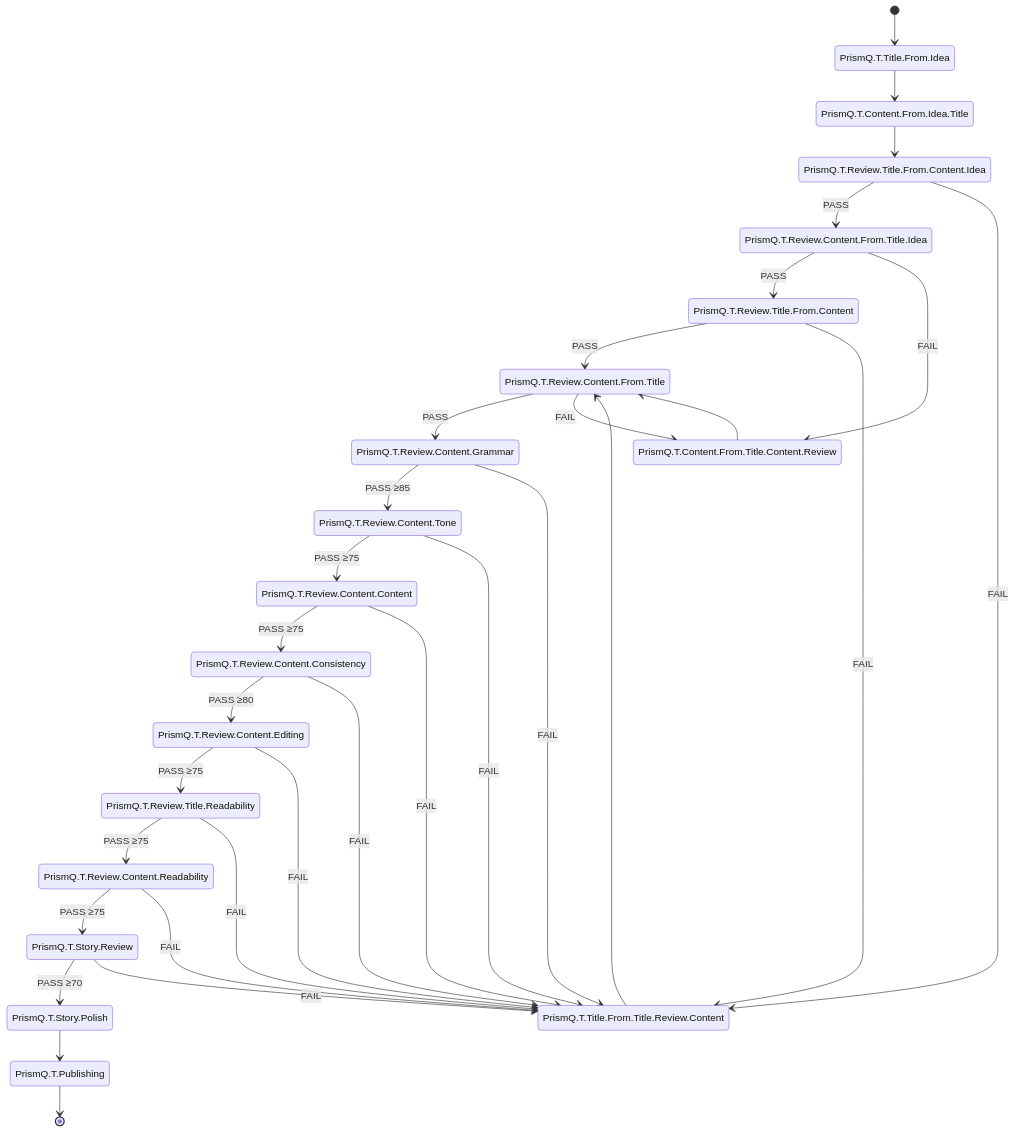
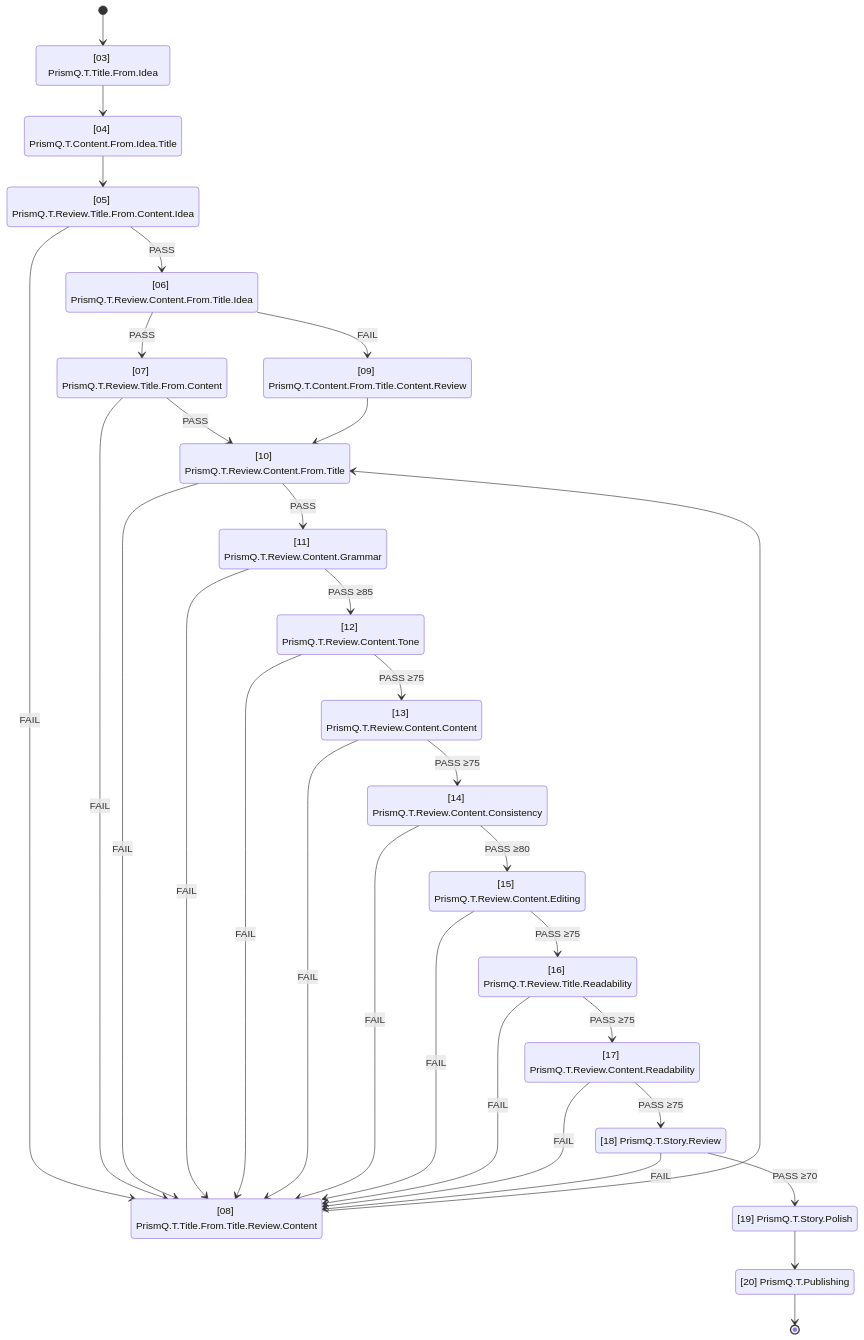
Before and after one commit to Nomoos/PrismQ: the diagram in _meta/docs/workflow/state-machine.md, drawn with Mermaid. The commit also changed other lines of this file and 7 other files, not shown here.

````diff
--- a/_meta/docs/workflow/state-machine.md
+++ b/_meta/docs/workflow/state-machine.md
@@ -13,81 +13,81 @@
 ```mermaid
 stateDiagram-v2
     direction TB
 
     %% ── State aliases (short ID → actual PrismQ.T state string) ──────────
-    TitleFromIdea          : PrismQ.T.Title.From.Idea
-    ContentFromIdeaTitle   : PrismQ.T.Content.From.Idea.Title
-    RevTitleFromContentIdea: PrismQ.T.Review.Title.From.Content.Idea
-    RevContentFromTitleIdea: PrismQ.T.Review.Content.From.Title.Idea
-    RevTitleFromContent    : PrismQ.T.Review.Title.From.Content
-    TitleRegen             : PrismQ.T.Title.From.Title.Review.Content
-    ContentRegen09         : PrismQ.T.Content.From.Title.Content.Review
-    RevContentFromTitle    : PrismQ.T.Review.Content.From.Title
-    Grammar                : PrismQ.T.Review.Content.Grammar
-    Tone                   : PrismQ.T.Review.Content.Tone
-    Content                : PrismQ.T.Review.Content.Content
-    Consistency            : PrismQ.T.Review.Content.Consistency
-    Editing                : PrismQ.T.Review.Content.Editing
-    TitleReadability       : PrismQ.T.Review.Title.Readability
-    ContentReadability     : PrismQ.T.Review.Content.Readability
-    StoryReview            : PrismQ.T.Story.Review
-    StoryPolish            : PrismQ.T.Story.Polish
-    Publishing             : PrismQ.T.Publishing
+    TitleFromIdea          : [03] PrismQ.T.Title.From.Idea
+    ContentFromIdeaTitle   : [04] PrismQ.T.Content.From.Idea.Title
+    RevTitleFromContentIdea: [05] PrismQ.T.Review.Title.From.Content.Idea
+    RevContentFromTitleIdea: [06] PrismQ.T.Review.Content.From.Title.Idea
+    RevTitleFromContent    : [07] PrismQ.T.Review.Title.From.Content
+    TitleRegen             : [08] PrismQ.T.Title.From.Title.Review.Content
+    ContentRegen09         : [09] PrismQ.T.Content.From.Title.Content.Review
+    RevContentFromTitle    : [10] PrismQ.T.Review.Content.From.Title
+    Grammar                : [11] PrismQ.T.Review.Content.Grammar
+    Tone                   : [12] PrismQ.T.Review.Content.Tone
+    Content                : [13] PrismQ.T.Review.Content.Content
+    Consistency            : [14] PrismQ.T.Review.Content.Consistency
+    Editing                : [15] PrismQ.T.Review.Content.Editing
+    TitleReadability       : [16] PrismQ.T.Review.Title.Readability
+    ContentReadability     : [17] PrismQ.T.Review.Content.Readability
+    StoryReview            : [18] PrismQ.T.Story.Review
+    StoryPolish            : [19] PrismQ.T.Story.Polish
+    Publishing             : [20] PrismQ.T.Publishing
 
     %% ── Phase 1–2: Generation ────────────────────────────────────────────
     [*]                    --> TitleFromIdea
     TitleFromIdea          --> ContentFromIdeaTitle
 
     %% ── Phase 3: Initial Review Cycle (modules 05–07) ───────────────────
     ContentFromIdeaTitle   --> RevTitleFromContentIdea
 
     RevTitleFromContentIdea --> RevContentFromTitleIdea : PASS
     RevTitleFromContentIdea --> TitleRegen              : FAIL
 
     RevContentFromTitleIdea --> RevTitleFromContent     : PASS
     RevContentFromTitleIdea --> ContentRegen09          : FAIL
 
     RevTitleFromContent     --> RevContentFromTitle     : PASS
     RevTitleFromContent     --> TitleRegen              : FAIL
 
     %% ── Phase 4: Regeneration (modules 08–09) ───────────────────────────
     TitleRegen      --> RevContentFromTitle
     ContentRegen09  --> RevContentFromTitle
 
     %% ── Phase 5: Pre-Quality Gate (module 10) ───────────────────────────
-    RevContentFromTitle --> Grammar        : PASS
-    RevContentFromTitle --> ContentRegen09 : FAIL
+    RevContentFromTitle --> Grammar    : PASS
+    RevContentFromTitle --> TitleRegen : FAIL
 
     %% ── Phase 6: Quality Review Chain (modules 11–17) ───────────────────
     Grammar     --> Tone        : PASS ≥85
     Grammar     --> TitleRegen  : FAIL
 
     Tone        --> Content     : PASS ≥75
     Tone        --> TitleRegen  : FAIL
 
     Content     --> Consistency : PASS ≥75
     Content     --> TitleRegen  : FAIL
 
     Consistency --> Editing     : PASS ≥80
     Consistency --> TitleRegen  : FAIL
 
     Editing     --> TitleReadability : PASS ≥75
     Editing     --> TitleRegen  : FAIL
 
     TitleReadability    --> ContentReadability : PASS ≥75
     TitleReadability    --> TitleRegen  : FAIL
 
     ContentReadability  --> StoryReview : PASS ≥75
     ContentReadability  --> TitleRegen  : FAIL
 
     %% ── Quality FAIL → soft title improvement → back to quality gate ─────
     %% TitleRegen (mod 08) and ContentRegen09 (mod 09) already loop to RevContentFromTitle above
 
     %% ── Phase 7: Expert Review (modules 18–19) ──────────────────────────
     StoryReview --> StoryPolish : PASS ≥70
     StoryReview --> TitleRegen  : FAIL
 
     StoryPolish --> Publishing
 
     Publishing --> [*]
 ```
````
